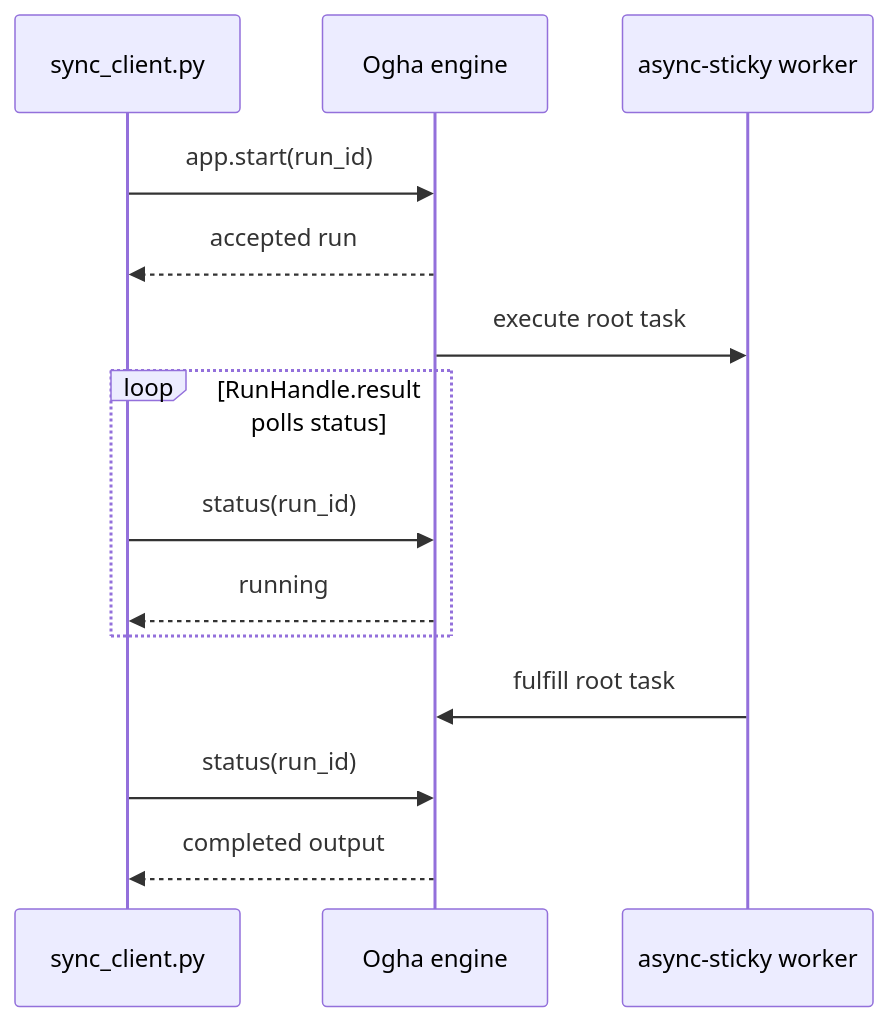
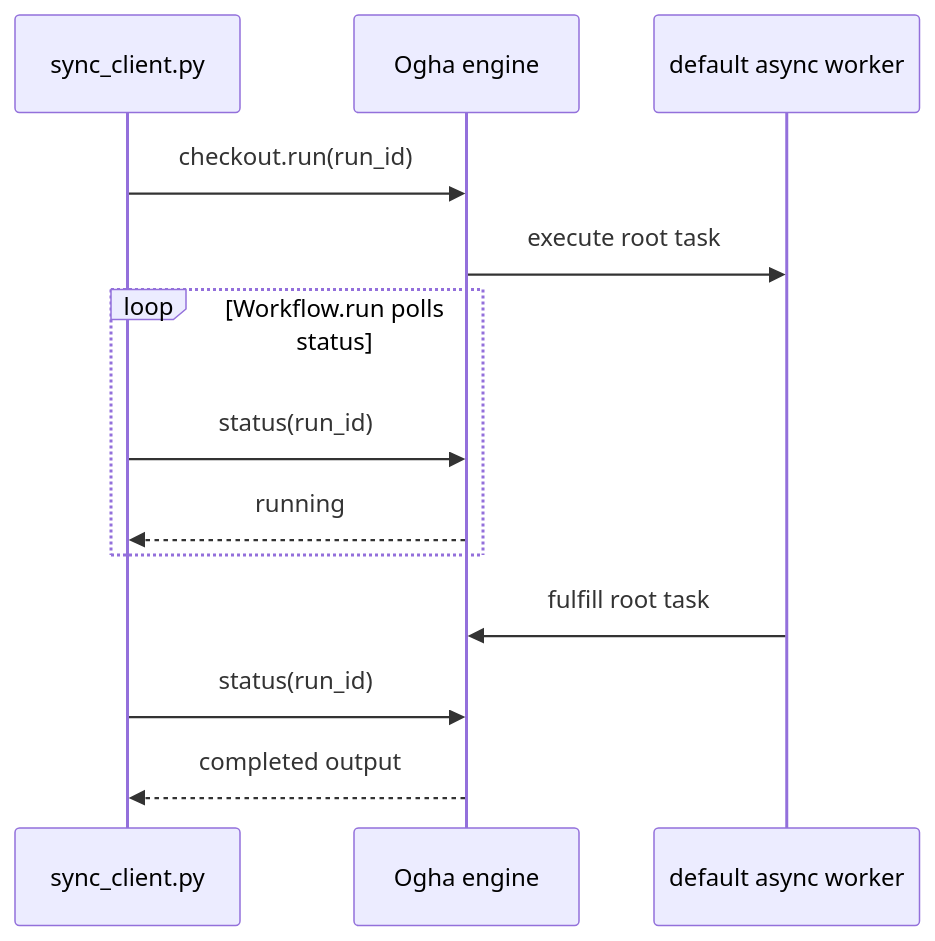
Before and after one commit to vedhlabs/sdk-examples: the second of 2 diagrams in docs/quickstart.md, drawn with Mermaid. The commit also changed other lines of this file and 22 other files, not shown here.

````diff
--- a/docs/quickstart.md
+++ b/docs/quickstart.md
@@ -73,16 +73,15 @@
 ```mermaid
 sequenceDiagram
     participant C as sync_client.py
     participant E as Ogha engine
-    participant W as async-sticky worker
-    C->>E: app.start(run_id)
-    E-->>C: accepted run
+    participant W as default async worker
+    C->>E: checkout.run(run_id)
     E->>W: execute root task
-    loop RunHandle.result polls status
+    loop Workflow.run polls status
         C->>E: status(run_id)
         E-->>C: running
     end
     W->>E: fulfill root task
     C->>E: status(run_id)
     E-->>C: completed output
 ```
````
